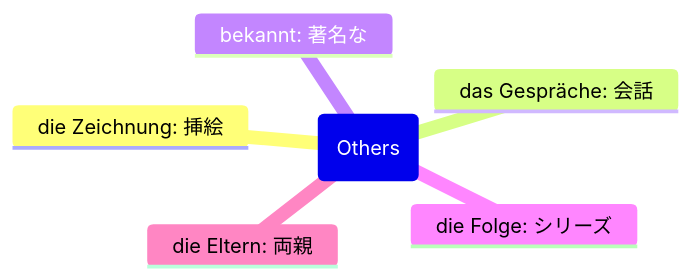
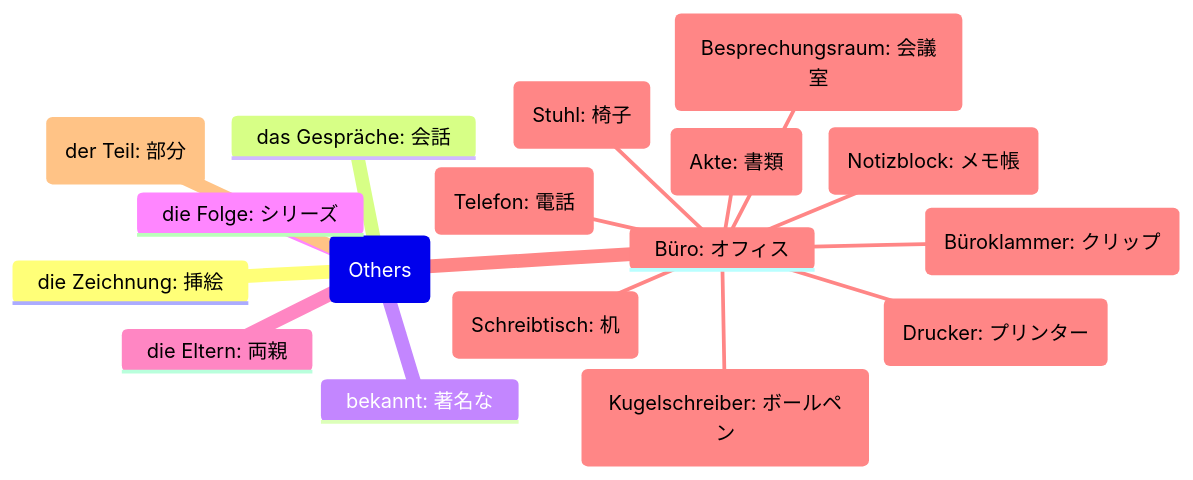
One commit to hyonsoku/mindmap changed the third of 3 diagrams in Dutesch/Verb/Dutschkurs.md. Above: the diagram before and after it, drawn with Mermaid. The commit also changed other lines of this file, not shown here.

````diff
--- a/Dutesch/Verb/Dutschkurs.md
+++ b/Dutesch/Verb/Dutschkurs.md
@@ -41,9 +56,20 @@
 ```mermaid
 mindmap
     root(Others)
         die Zeichnung: 挿絵
         das Gespräche: 会話
         bekannt: 著名な
         die Folge: シリーズ
         die Eltern: 両親
+        Büro: オフィス
+            (Schreibtisch: 机)
+            (Stuhl: 椅子)
+            (Drucker: プリンター)
+            (Telefon: 電話)
+            (Akte: 書類)
+            (Besprechungsraum: 会議室)
+            (Büroklammer: クリップ)
+            (Notizblock: メモ帳)
+            (Kugelschreiber: ボールペン)
+        (der Teil: 部分)
 ```
````
